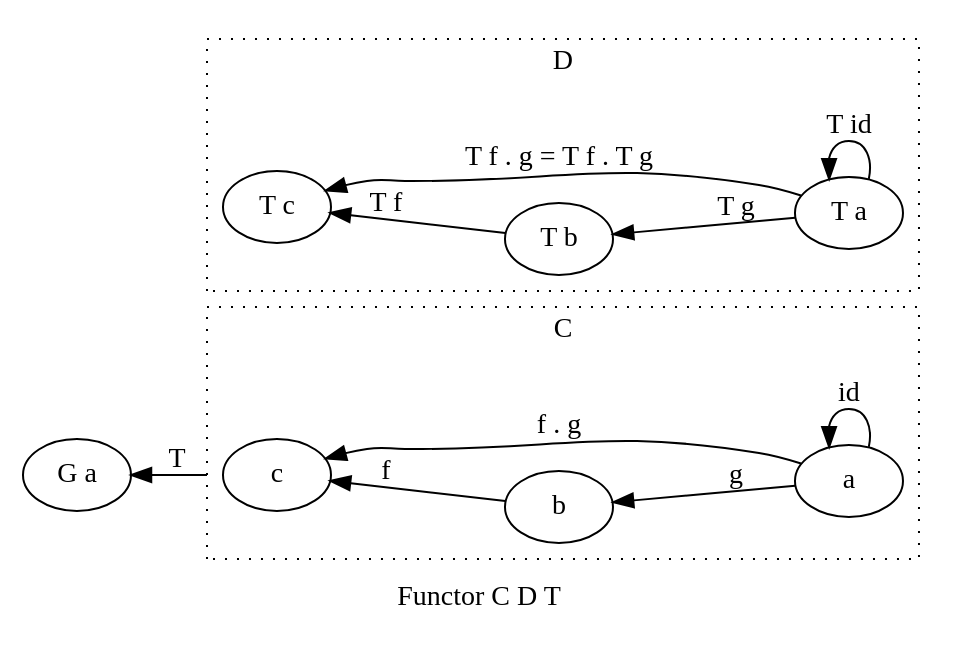
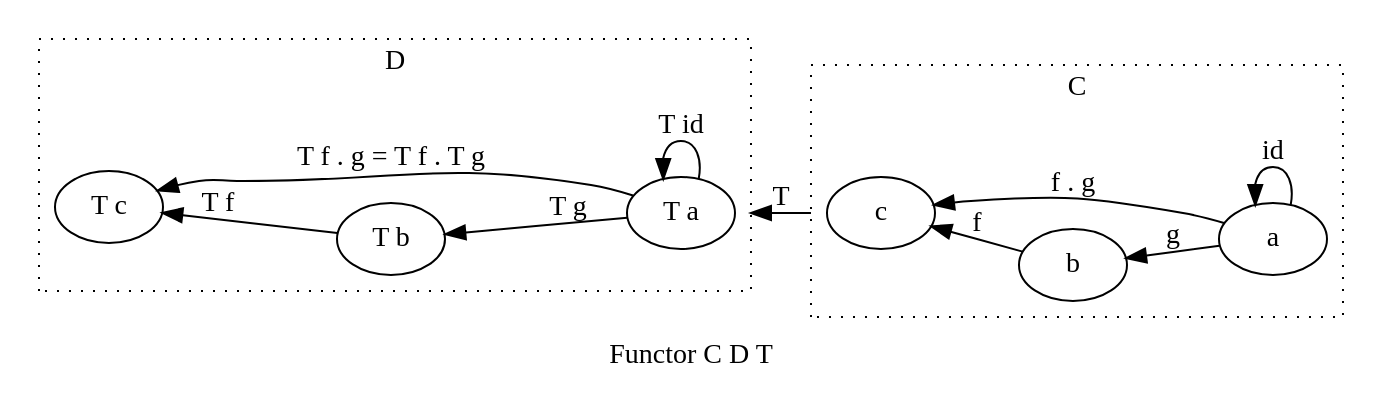
Before and after one commit to jcouyang/blog: the second of 6 diagrams in org/grokking-monad/part1.org, drawn with Graphviz. The commit also changed 1 other file, not shown here.

Commit message:
update functor image

```diff
--- a/org/grokking-monad/part1.org
+++ b/org/grokking-monad/part1.org
@@ -122,26 +122,26 @@
 #+BEGIN_SRC dot :file images/functor.svg :exports results
   digraph {
 
   label="Functor C D T"
   compound=true;
   rankdir=RL
   subgraph cluster_C {
           style=dotted
           label="C"
           a -> a [label=id]
           a -> b [label=g]
           b -> c [label=f]
           a -> c [label="f . g"]
   }
   subgraph cluster_D {
           style=dotted
           label=D
           "T a" -> "T a" [label="T id"]
           "T a" -> "T b" [label="T g"]
           "T b" -> "T c" [label="T f"]
           "T a" -> "T c" [label="T f . g = T f . T g"]
   }
 
-  c ->"G a"[ltail=cluster_C,lhead=cluster_D,label=T]
+  c ->"T a"[ltail=cluster_C,lhead=cluster_D,label=T]
   }
 #+END_SRC
```
